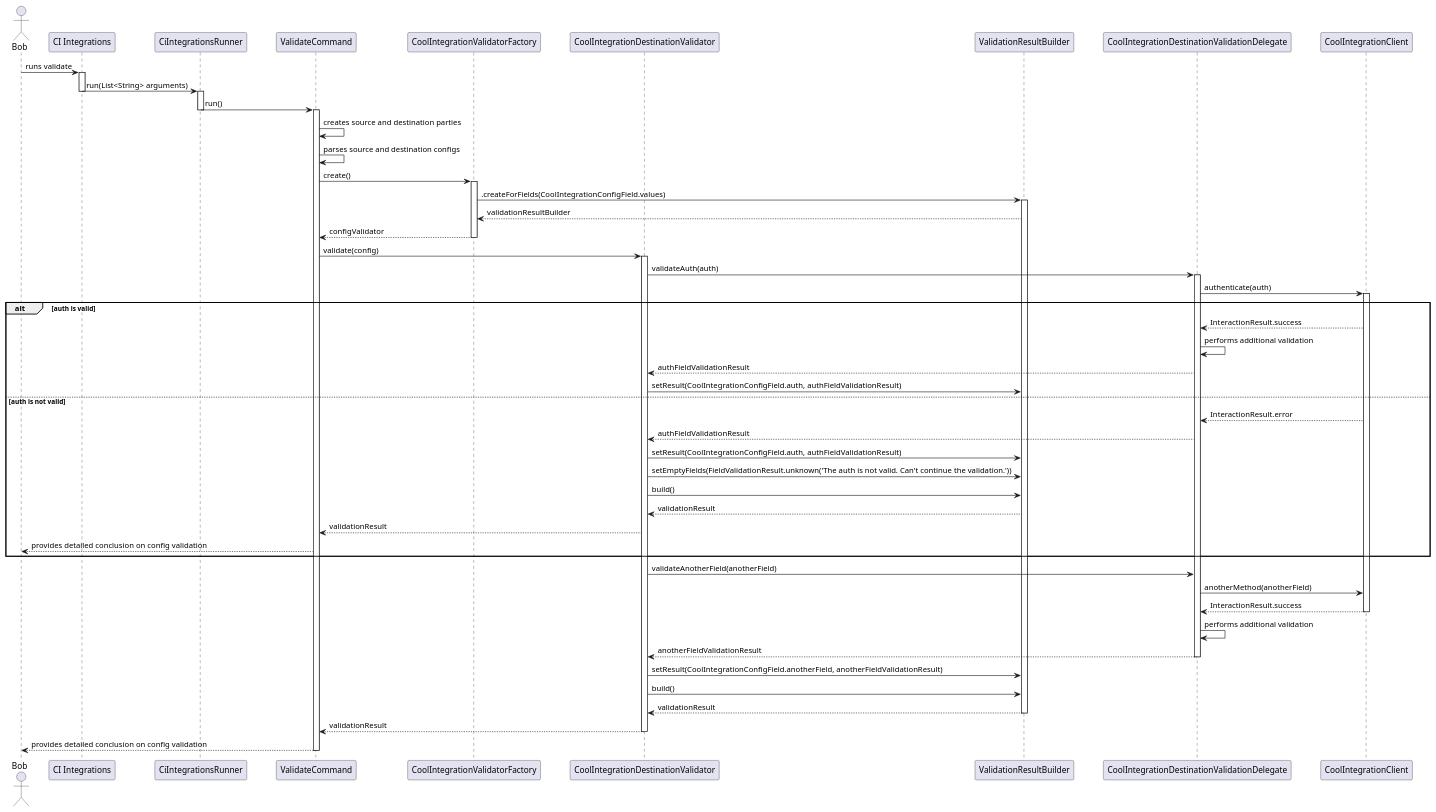
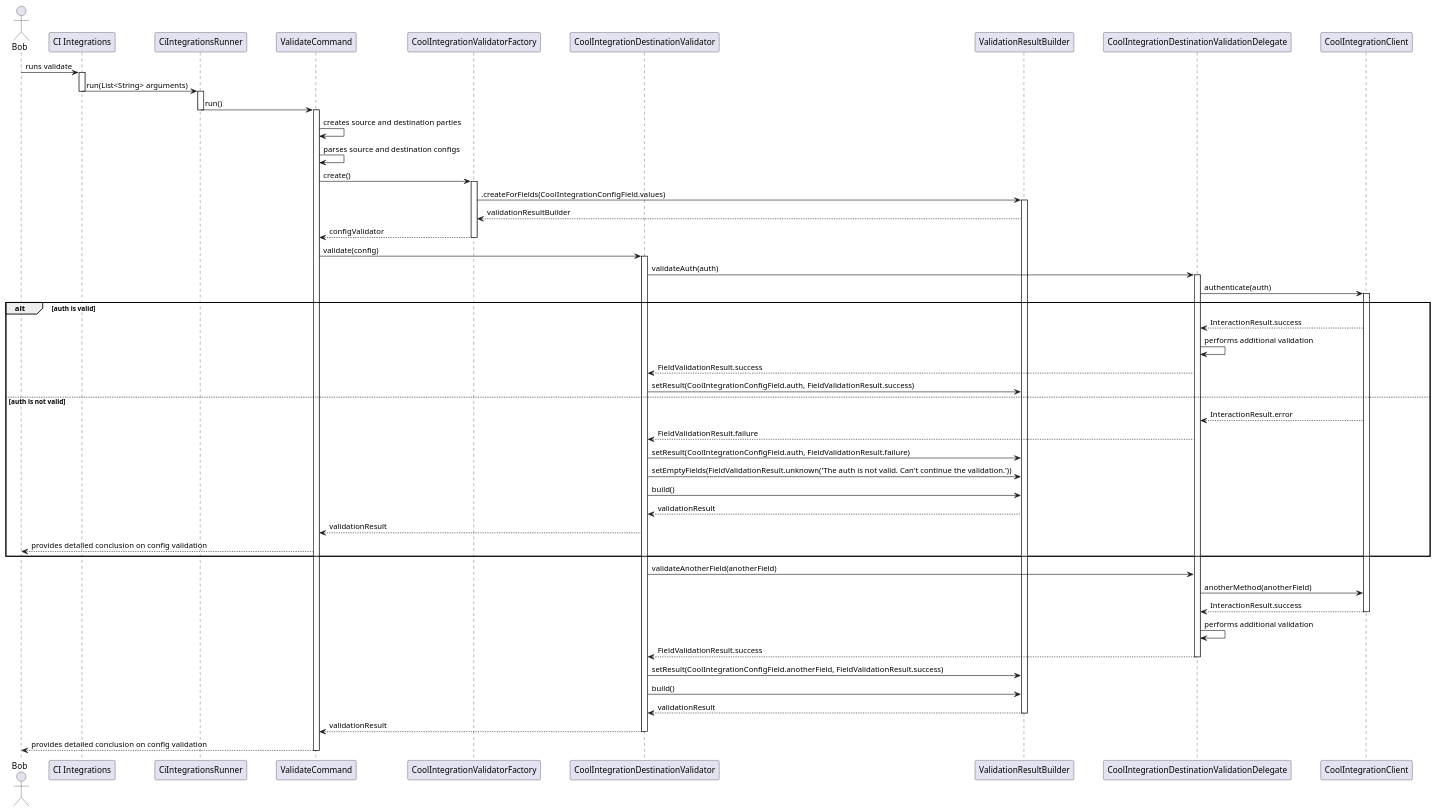
One commit to Flank/flank-dashboard changed the diagram in metrics/ci_integrations/docs/diagrams/config_validator_sequence_diagram.puml. Above: the diagram before and after it, drawn with PlantUML. The commit also changed 1 other file, not shown here.

```diff
--- a/metrics/ci_integrations/docs/diagrams/config_validator_sequence_diagram.puml
+++ b/metrics/ci_integrations/docs/diagrams/config_validator_sequence_diagram.puml
@@ -1,99 +1,99 @@
 @startuml config_validator_sequence_diagram
 
 skinparam ParticipantPadding 20
 skinparam BoxPadding 10
 
 actor Bob
 
 participant "CI Integrations"
 participant CiIntegrationsRunner
 participant ValidateCommand
 participant CoolIntegrationValidatorFactory
 participant CoolIntegrationDestinationValidator
 participant ValidationResultBuilder
 participant CoolIntegrationDestinationValidationDelegate
 participant CoolIntegrationClient
 
 Bob -> "CI Integrations" : runs validate
 activate "CI Integrations"
 
 "CI Integrations" -> CiIntegrationsRunner: run(List<String> arguments)
 deactivate "CI Integrations"
 activate CiIntegrationsRunner
 
 CiIntegrationsRunner -> ValidateCommand: run()
 deactivate CiIntegrationsRunner
 activate ValidateCommand
 
 ValidateCommand -> ValidateCommand : creates source and destination parties
 ValidateCommand -> ValidateCommand : parses source and destination configs
 
 ValidateCommand -> CoolIntegrationValidatorFactory : create()
 activate CoolIntegrationValidatorFactory
 
 CoolIntegrationValidatorFactory -> ValidationResultBuilder : .createForFields(CoolIntegrationConfigField.values)
 activate ValidationResultBuilder
 
 ValidationResultBuilder --> CoolIntegrationValidatorFactory : validationResultBuilder
 
 
 CoolIntegrationValidatorFactory --> ValidateCommand : configValidator
 deactivate CoolIntegrationValidatorFactory
 
 ValidateCommand -> CoolIntegrationDestinationValidator : validate(config)
 activate CoolIntegrationDestinationValidator
 
 CoolIntegrationDestinationValidator -> CoolIntegrationDestinationValidationDelegate : validateAuth(auth)
 
 activate CoolIntegrationDestinationValidationDelegate
 
 CoolIntegrationDestinationValidationDelegate -> CoolIntegrationClient : authenticate(auth)
 activate  CoolIntegrationClient
 
 alt auth is valid
 
     CoolIntegrationClient --> CoolIntegrationDestinationValidationDelegate : InteractionResult.success
     CoolIntegrationDestinationValidationDelegate -> CoolIntegrationDestinationValidationDelegate : performs additional validation
-    CoolIntegrationDestinationValidationDelegate --> CoolIntegrationDestinationValidator : authFieldValidationResult
-    CoolIntegrationDestinationValidator -> ValidationResultBuilder : setResult(CoolIntegrationConfigField.auth, authFieldValidationResult)
+    CoolIntegrationDestinationValidationDelegate --> CoolIntegrationDestinationValidator : FieldValidationResult.success
+    CoolIntegrationDestinationValidator -> ValidationResultBuilder : setResult(CoolIntegrationConfigField.auth, FieldValidationResult.success)
 
 else auth is not valid
 
     CoolIntegrationClient --> CoolIntegrationDestinationValidationDelegate : InteractionResult.error
-    CoolIntegrationDestinationValidationDelegate --> CoolIntegrationDestinationValidator : authFieldValidationResult
-    CoolIntegrationDestinationValidator -> ValidationResultBuilder : setResult(CoolIntegrationConfigField.auth, authFieldValidationResult)
+    CoolIntegrationDestinationValidationDelegate --> CoolIntegrationDestinationValidator : FieldValidationResult.failure
+    CoolIntegrationDestinationValidator -> ValidationResultBuilder : setResult(CoolIntegrationConfigField.auth, FieldValidationResult.failure)
     CoolIntegrationDestinationValidator -> ValidationResultBuilder : setEmptyFields(FieldValidationResult.unknown('The auth is not valid. Can't continue the validation.'))
     CoolIntegrationDestinationValidator -> ValidationResultBuilder : build()
     ValidationResultBuilder --> CoolIntegrationDestinationValidator : validationResult
 
     CoolIntegrationDestinationValidator --> ValidateCommand : validationResult
     ValidateCommand --> Bob : provides detailed conclusion on config validation
 
 end
 
 
 CoolIntegrationDestinationValidator -> CoolIntegrationDestinationValidationDelegate : validateAnotherField(anotherField)
 CoolIntegrationDestinationValidationDelegate -> CoolIntegrationClient : anotherMethod(anotherField)
 
 CoolIntegrationClient --> CoolIntegrationDestinationValidationDelegate : InteractionResult.success
 deactivate CoolIntegrationClient
 
 CoolIntegrationDestinationValidationDelegate -> CoolIntegrationDestinationValidationDelegate : performs additional validation
-CoolIntegrationDestinationValidationDelegate --> CoolIntegrationDestinationValidator : anotherFieldValidationResult
+CoolIntegrationDestinationValidationDelegate --> CoolIntegrationDestinationValidator : FieldValidationResult.success
 deactivate CoolIntegrationDestinationValidationDelegate
 
-CoolIntegrationDestinationValidator -> ValidationResultBuilder : setResult(CoolIntegrationConfigField.anotherField, anotherFieldValidationResult)
+CoolIntegrationDestinationValidator -> ValidationResultBuilder : setResult(CoolIntegrationConfigField.anotherField, FieldValidationResult.success)
 CoolIntegrationDestinationValidator -> ValidationResultBuilder : build()
 ValidationResultBuilder --> CoolIntegrationDestinationValidator : validationResult
 
 deactivate ValidationResultBuilder
 
 CoolIntegrationDestinationValidator --> ValidateCommand : validationResult
 
 deactivate CoolIntegrationDestinationValidator
 
 ValidateCommand --> Bob : provides detailed conclusion on config validation
 
 deactivate ValidateCommand
 
 @enduml
```
